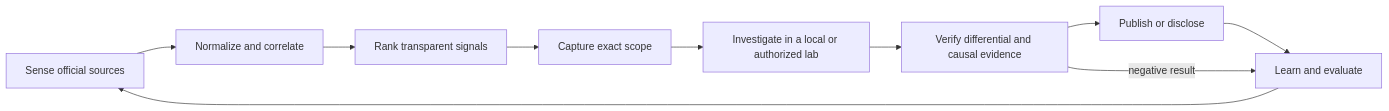
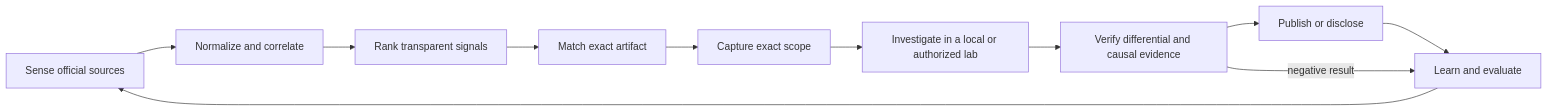
The diagram in docs/production-loop.md (kappa9999/white-hat-agent), drawn with Mermaid before and after one commit. The commit also changed other lines of this file and 12 other files, not shown here.

First line of the commit message:
Add exact artifact advisory applicability (#16)

````diff
--- a/docs/production-loop.md
+++ b/docs/production-loop.md
@@ -28,12 +28,13 @@
 ```mermaid
 flowchart LR
     S[Sense official sources] --> N[Normalize and correlate]
     N --> R[Rank transparent signals]
-    R --> C[Capture exact scope]
+    R --> M[Match exact artifact]
+    M --> C[Capture exact scope]
     C --> I[Investigate in a local or authorized lab]
     I --> V[Verify differential and causal evidence]
     V --> P[Publish or disclose]
     P --> L[Learn and evaluate]
     L --> S
     V -->|negative result| L
 ```
````
